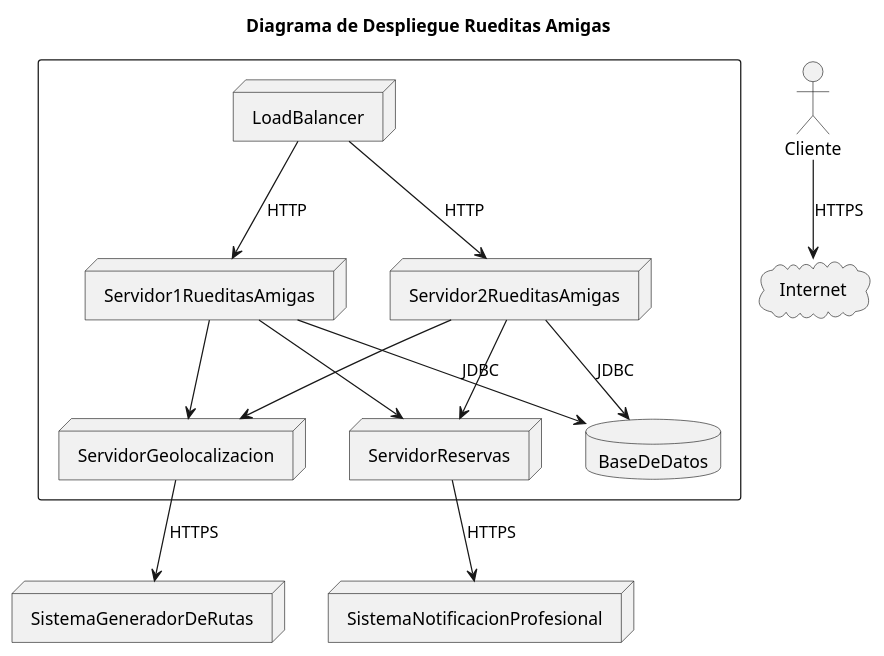
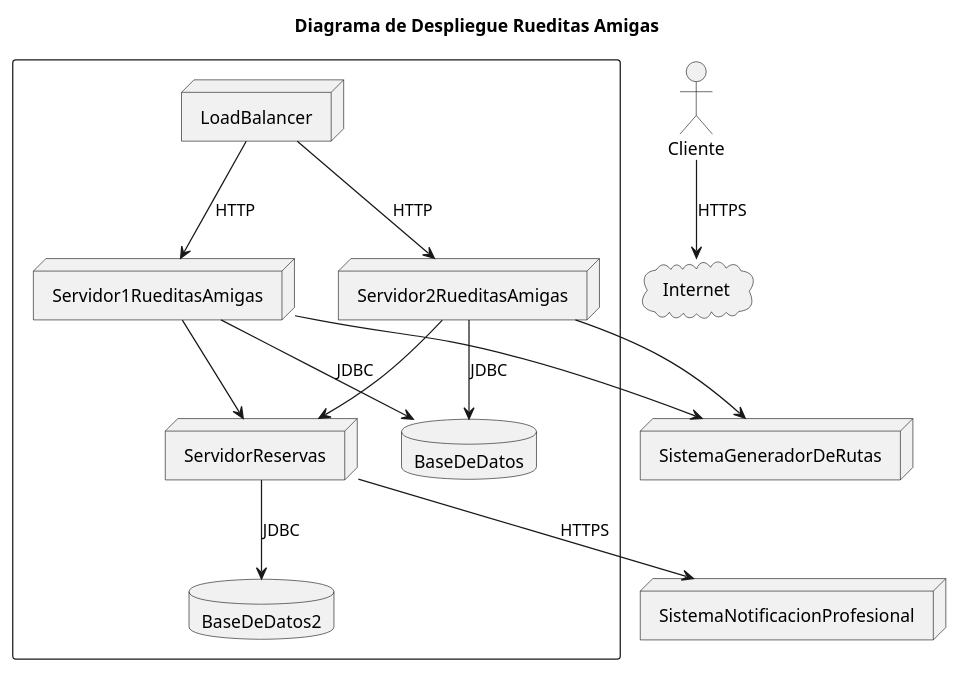
The diagram in diagrams/DiagramaDeDespliegue.puml (lrizzitano/RueditasAmigasDespliegue), drawn with PlantUML before and after one commit.

Commit message:
Diagrama mas chiquito, no es version final

```diff
--- a/diagrams/DiagramaDeDespliegue.puml
+++ b/diagrams/DiagramaDeDespliegue.puml
@@ -1,34 +1,34 @@
 @startuml
 'https://plantuml.com/deployment-diagram
 
 title Diagrama de Despliegue Rueditas Amigas
 
 node "SistemaGeneradorDeRutas"
 actor "Cliente"
 cloud "Internet"
 node "SistemaNotificacionProfesional"
 
 
 rectangle  {
 node "LoadBalancer"
 node "Servidor1RueditasAmigas"
 node "Servidor2RueditasAmigas"
-node "ServidorGeolocalizacion"
 node "ServidorReservas"
 database "BaseDeDatos"
+database "BaseDeDatos2"
 }
 
 "LoadBalancer" --> "Servidor1RueditasAmigas" : HTTP
 "LoadBalancer" --> "Servidor2RueditasAmigas" : HTTP
 "Servidor1RueditasAmigas" --> "BaseDeDatos" : JDBC
 "Servidor2RueditasAmigas" --> "BaseDeDatos" : JDBC
-"Servidor1RueditasAmigas" --> "ServidorGeolocalizacion"
-"Servidor2RueditasAmigas" --> "ServidorGeolocalizacion"
+"Servidor1RueditasAmigas" --> "SistemaGeneradorDeRutas"
+"Servidor2RueditasAmigas" --> "SistemaGeneradorDeRutas"
 "Servidor1RueditasAmigas" --> "ServidorReservas"
 "Servidor2RueditasAmigas" --> "ServidorReservas"
 "Cliente" --> "Internet" : HTTPS
-"ServidorGeolocalizacion" --> "SistemaGeneradorDeRutas": HTTPS
+"ServidorReservas" --> "BaseDeDatos2": JDBC
 "ServidorReservas" --> "SistemaNotificacionProfesional"  : HTTPS
 
 
 @enduml
```
